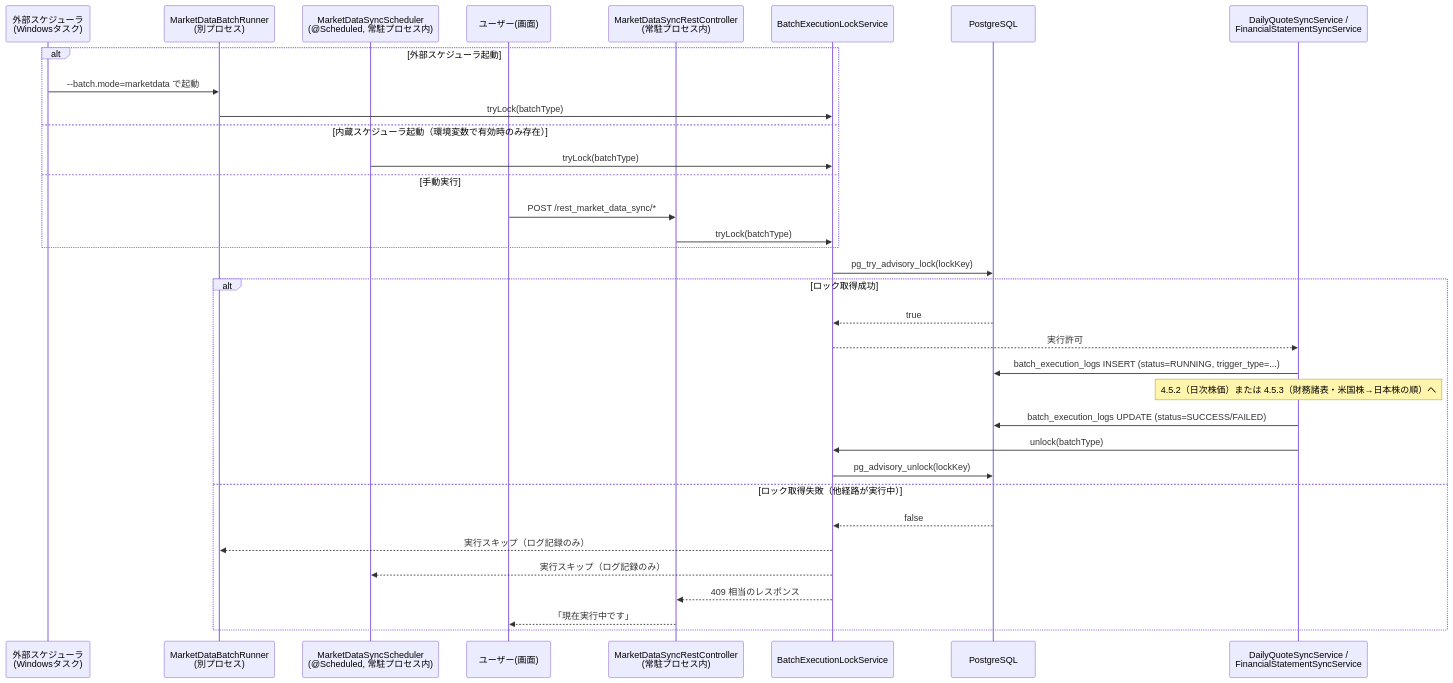
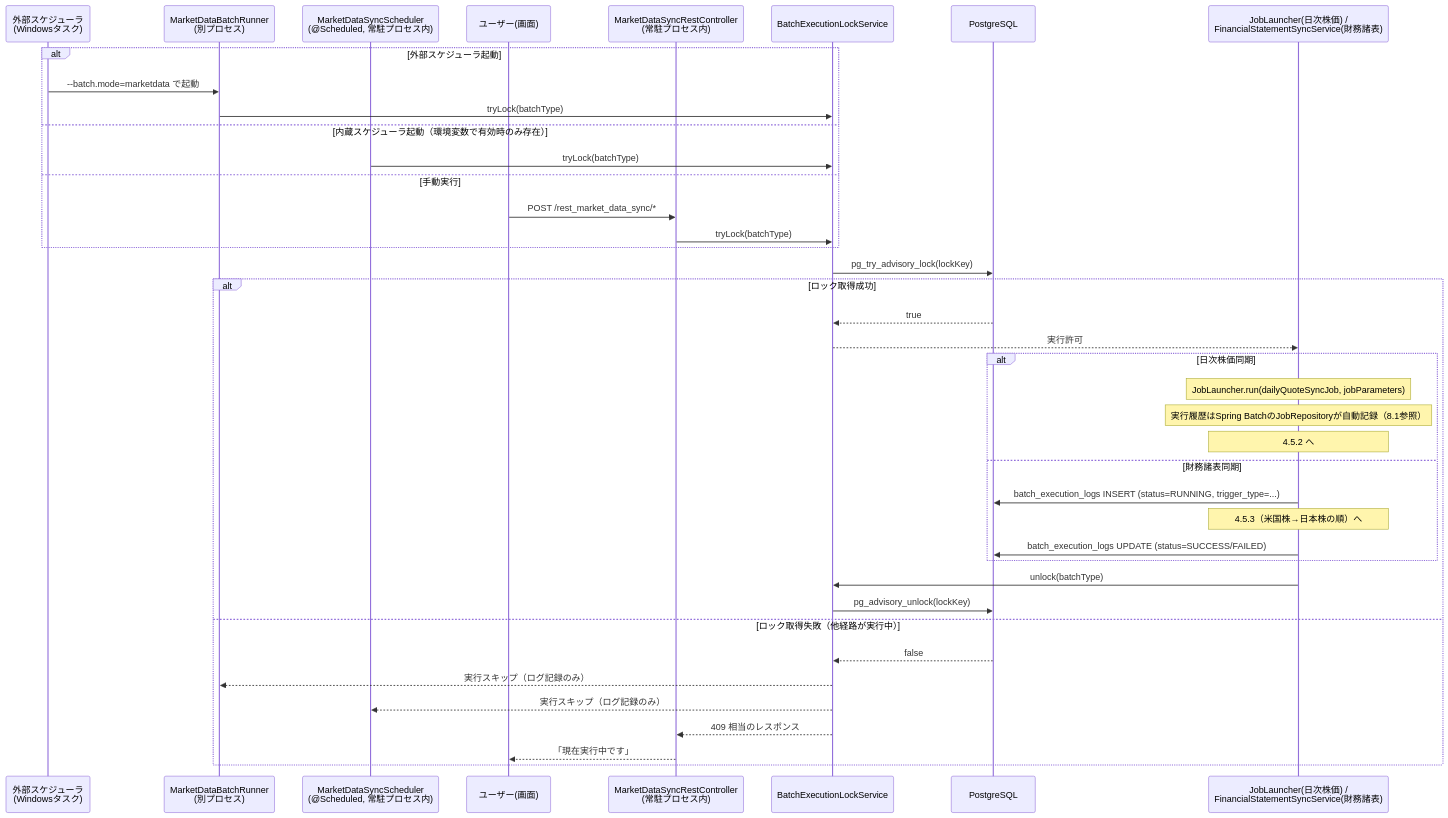
The first of 4 diagrams in docs/batch-market-data-sync-design.md (gitogitosnack/TheFairValueC2), drawn with Mermaid before and after one commit. The commit also changed other lines of this file, not shown here.

````diff
--- a/docs/batch-market-data-sync-design.md
+++ b/docs/batch-market-data-sync-design.md
@@ -328,38 +374,44 @@
 ```mermaid
 sequenceDiagram
     participant ExtSch as 外部スケジューラ<br/>(Windowsタスク)
     participant Runner as MarketDataBatchRunner<br/>(別プロセス)
     participant IntSch as MarketDataSyncScheduler<br/>(@Scheduled, 常駐プロセス内)
     participant User as ユーザー(画面)
     participant Ctrl as MarketDataSyncRestController<br/>(常駐プロセス内)
     participant Lock as BatchExecutionLockService
     participant DB as PostgreSQL
-    participant Svc as DailyQuoteSyncService /<br/>FinancialStatementSyncService
+    participant Exec as JobLauncher(日次株価) /<br/>FinancialStatementSyncService(財務諸表)
 
     alt 外部スケジューラ起動
         ExtSch->>Runner: --batch.mode=marketdata で起動
         Runner->>Lock: tryLock(batchType)
     else 内蔵スケジューラ起動（環境変数で有効時のみ存在）
         IntSch->>Lock: tryLock(batchType)
     else 手動実行
         User->>Ctrl: POST /rest_market_data_sync/*
         Ctrl->>Lock: tryLock(batchType)
     end
 
     Lock->>DB: pg_try_advisory_lock(lockKey)
     alt ロック取得成功
         DB-->>Lock: true
-        Lock-->>Svc: 実行許可
-        Svc->>DB: batch_execution_logs INSERT (status=RUNNING, trigger_type=...)
-        Note over Svc: 4.5.2（日次株価）または 4.5.3（財務諸表・米国株→日本株の順）へ
-        Svc->>DB: batch_execution_logs UPDATE (status=SUCCESS/FAILED)
-        Svc->>Lock: unlock(batchType)
+        Lock-->>Exec: 実行許可
+        alt 日次株価同期
+            Note over Exec: JobLauncher.run(dailyQuoteSyncJob, jobParameters)
+            Note over Exec: 実行履歴はSpring BatchのJobRepositoryが自動記録（8.1参照）
+            Note over Exec: 4.5.2 へ
+        else 財務諸表同期
+            Exec->>DB: batch_execution_logs INSERT (status=RUNNING, trigger_type=...)
+            Note over Exec: 4.5.3（米国株→日本株の順）へ
+            Exec->>DB: batch_execution_logs UPDATE (status=SUCCESS/FAILED)
+        end
+        Exec->>Lock: unlock(batchType)
         Lock->>DB: pg_advisory_unlock(lockKey)
     else ロック取得失敗（他経路が実行中）
         DB-->>Lock: false
         Lock-->>Runner: 実行スキップ（ログ記録のみ）
         Lock-->>IntSch: 実行スキップ（ログ記録のみ）
         Lock-->>Ctrl: 409 相当のレスポンス
         Ctrl-->>User: 「現在実行中です」
     end
 ```
````
